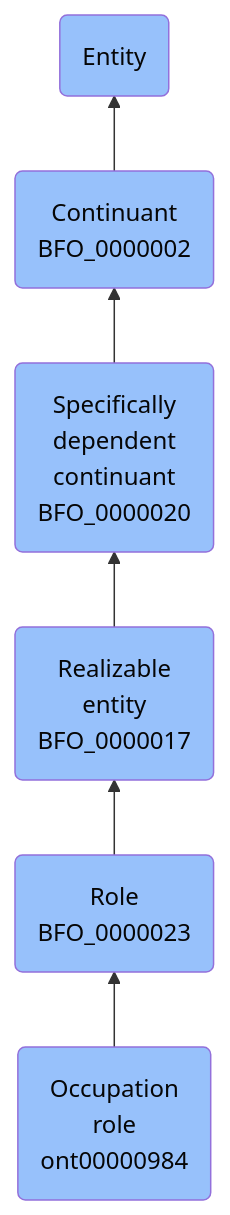
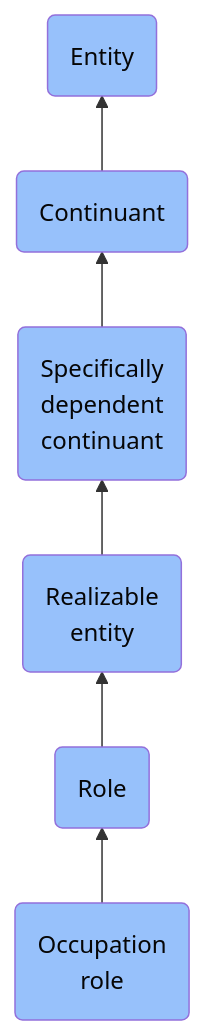
One commit to jupyter-naas/abi changed the diagram in docs/ontology/reference/model/Entity/Continuant/Specifically dependent continuant/Realizable entity/Role/Occupation role/Occupation role.md. Above: the diagram before and after it, drawn with Mermaid. The commit also changed other lines of this file and 1430 other files, not shown here.

````diff
--- a/docs/ontology/reference/model/Entity/Continuant/Specifically dependent continuant/Realizable entity/Role/Occupation role/Occupation role.md
+++ b/docs/ontology/reference/model/Entity/Continuant/Specifically dependent continuant/Realizable entity/Role/Occupation role/Occupation role.md
@@ -24,13 +24,13 @@
 ```mermaid
 graph BT
-    ont00000984(Occupation<br>role<br>ont00000984):::BFO-->BFO_0000023
-    BFO_0000023(Role<br>BFO_0000023):::BFO-->BFO_0000017
-    BFO_0000017(Realizable<br>entity<br>BFO_0000017):::BFO-->BFO_0000020
-    BFO_0000020(Specifically<br>dependent<br>continuant<br>BFO_0000020):::BFO-->BFO_0000002
-    BFO_0000002(Continuant<br>BFO_0000002):::BFO-->BFO_0000001
+    ont00000984(Occupation<br>role):::BFO-->BFO_0000023
+    BFO_0000023(Role):::BFO-->BFO_0000017
+    BFO_0000017(Realizable<br>entity):::BFO-->BFO_0000020
+    BFO_0000020(Specifically<br>dependent<br>continuant):::BFO-->BFO_0000002
+    BFO_0000002(Continuant):::BFO-->BFO_0000001
     BFO_0000001(Entity):::BFO
     
     classDef BFO fill:#97c1fb,color:#060606
     classDef CCO fill:#e4c51e,color:#060606
     classDef ABI fill:#48DD82,color:#060606
 ```
````
